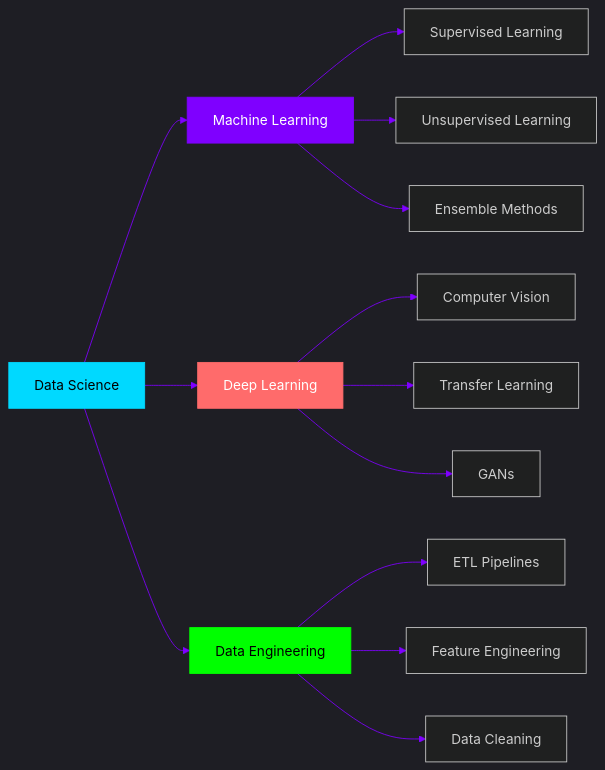
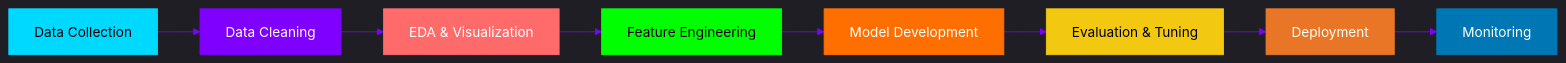
One commit to Data-pageup/Data-pageup changed the third of 4 diagrams in README.md. Above: the diagram before and after it, drawn with Mermaid. The commit also changed other lines of this file, not shown here.

````diff
--- a/README.md
+++ b/README.md
@@ -157,24 +144,20 @@
 ```mermaid
-%%{init: {'theme':'dark','themeVariables': {'darkMode':'true','background':'#0d1117','primaryColor':'#00D9FF','primaryTextColor':'#fff','primaryBorderColor':'#00D9FF','lineColor':'#7F00FF','secondaryColor':'#FF6B6B','tertiaryColor':'#00FF00'}}}%%
+%%{init: {'theme':'dark','themeVariables': {'primaryColor':'#00D9FF','primaryTextColor':'#fff','primaryBorderColor':'#00D9FF','lineColor':'#7F00FF','secondaryColor':'#FF6B6B','tertiaryColor':'#00FF00'}}}%%
 graph LR
-    A[Data Science] --> B[Machine Learning]
-    A --> C[Deep Learning]
-    A --> D[Data Engineering]
-    
-    B --> E[Supervised Learning]
-    B --> F[Unsupervised Learning]
-    B --> G[Ensemble Methods]
-    
-    C --> H[Computer Vision]
-    C --> I[Transfer Learning]
-    C --> J[GANs]
-    
-    D --> K[ETL Pipelines]
-    D --> L[Feature Engineering]
-    D --> M[Data Cleaning]
+    A[Data Collection] --> B[Data Cleaning]
+    B --> C[EDA & Visualization]
+    C --> D[Feature Engineering]
+    D --> E[Model Development]
+    E --> F[Evaluation & Tuning]
+    F --> G[Deployment]
+    G --> H[Monitoring]
     
     style A fill:#00D9FF,stroke:#00D9FF,color:#000
     style B fill:#7F00FF,stroke:#7F00FF,color:#fff
     style C fill:#FF6B6B,stroke:#FF6B6B,color:#fff
     style D fill:#00FF00,stroke:#00FF00,color:#000
+    style E fill:#FF6F00,stroke:#FF6F00,color:#fff
+    style F fill:#F2C811,stroke:#F2C811,color:#000
+    style G fill:#E97627,stroke:#E97627,color:#fff
+    style H fill:#0077B5,stroke:#0077B5,color:#fff
 ```
````
